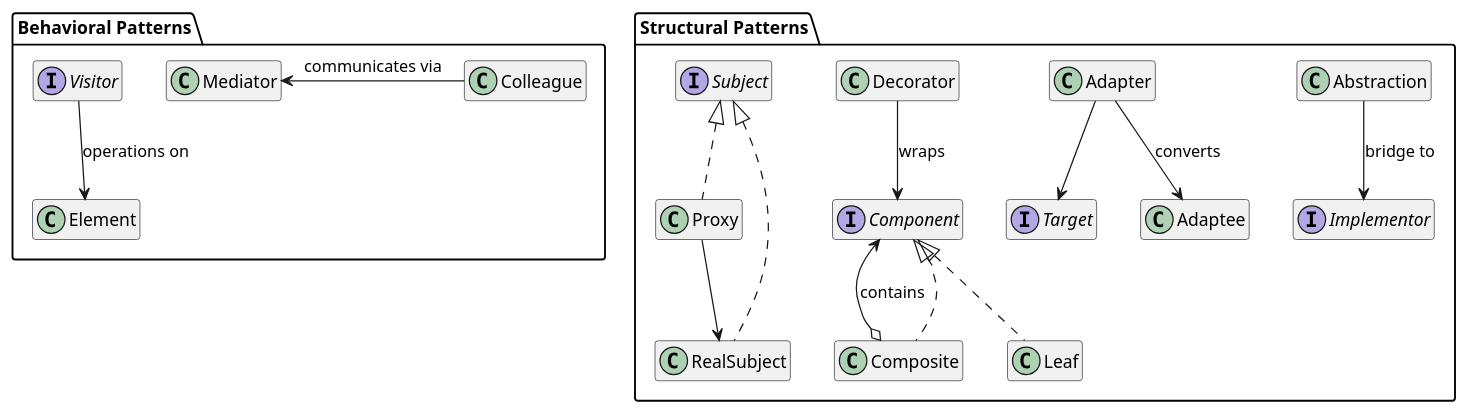
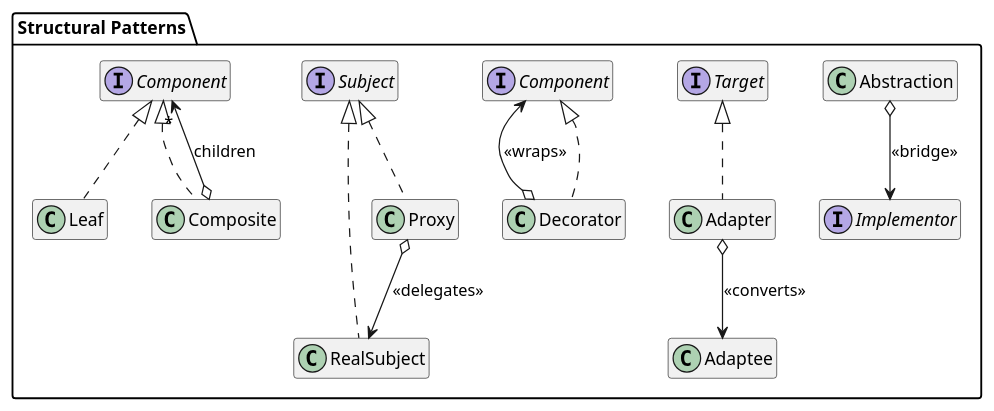
Before and after one commit to traiansf/traiansf.github.io: the ninth of 9 diagrams in class/amss2025/curs/11-patterns-reloaded.md, drawn with PlantUML. The commit also changed other lines of this file and 3 other files, not shown here.

````diff
--- a/class/amss2025/curs/11-patterns-reloaded.md
+++ b/class/amss2025/curs/11-patterns-reloaded.md
@@ -1210,43 +1234,29 @@
 ```plantuml
 @startuml
 hide empty members
-package "Behavioral Patterns" {
-    interface Visitor
-    class Element
-    Visitor --> Element : operations on
-
-    class Mediator
-    class Colleague
-    Mediator <- Colleague : communicates via
-}
-
 package "Structural Patterns" {
     class Abstraction
     interface Implementor
-    Abstraction --> Implementor : bridge to
+    Abstraction o--> Implementor : <<bridge>>
 
     interface Target
-    class Adapter
+    class Adapter implements Target
     class Adaptee
-    Adapter --> Target
-    Adapter --> Adaptee : converts
+    Adapter o--> Adaptee : <<converts>>
 
-    interface Component
-    class Decorator
-    Decorator --> Component : wraps
+    interface "Component" as DComponent
+    class Decorator implements DComponent
+    Decorator o--> DComponent : <<wraps>>
 
     interface Subject
-    class Proxy
-    class RealSubject
-    Proxy --> RealSubject
-    Subject <|.. Proxy
-    Subject <|.. RealSubject
+    class Proxy implements Subject
+    class RealSubject implements Subject
+    Proxy o--> RealSubject : <<delegates>>
 
-    class Composite
-    class Leaf
-    Component <|.. Composite
-    Component <|.. Leaf
-    Composite o--> Component : contains
+    interface "Component" as CComponent
+    class Composite implements CComponent
+    class Leaf implements CComponent
+    Composite o--> "*" CComponent : children
 }
 @enduml
 ```
````
